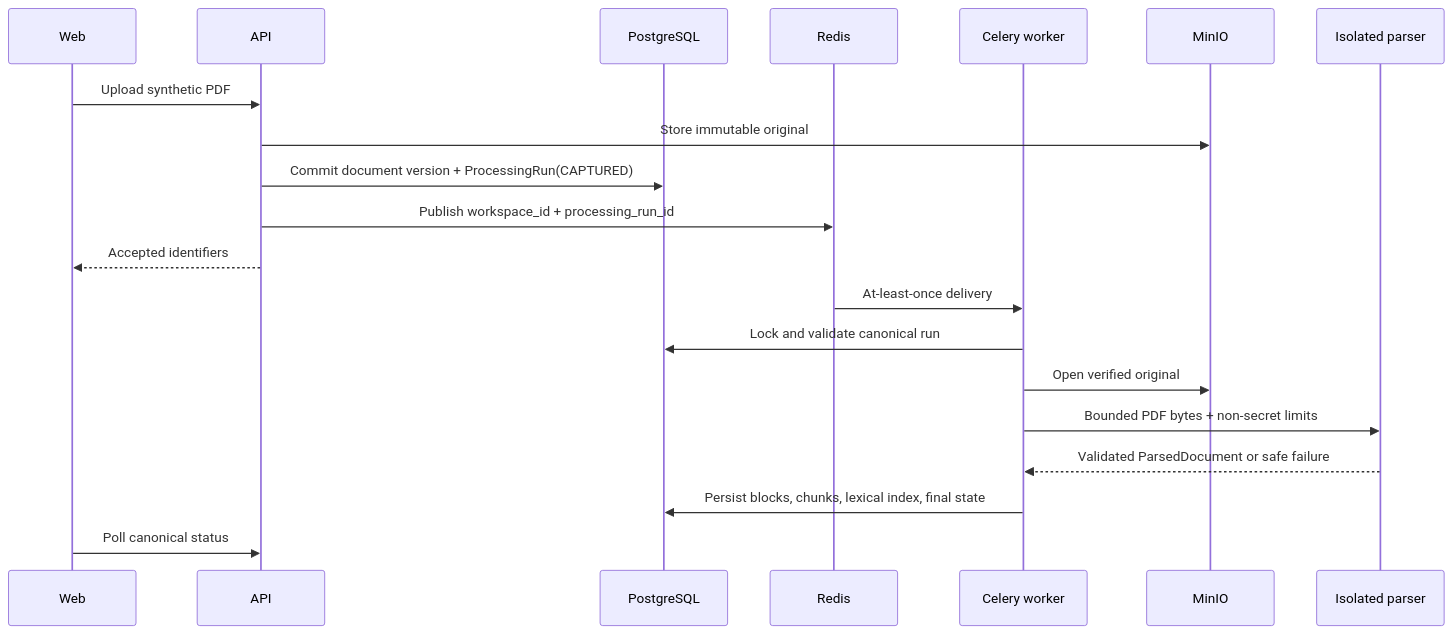
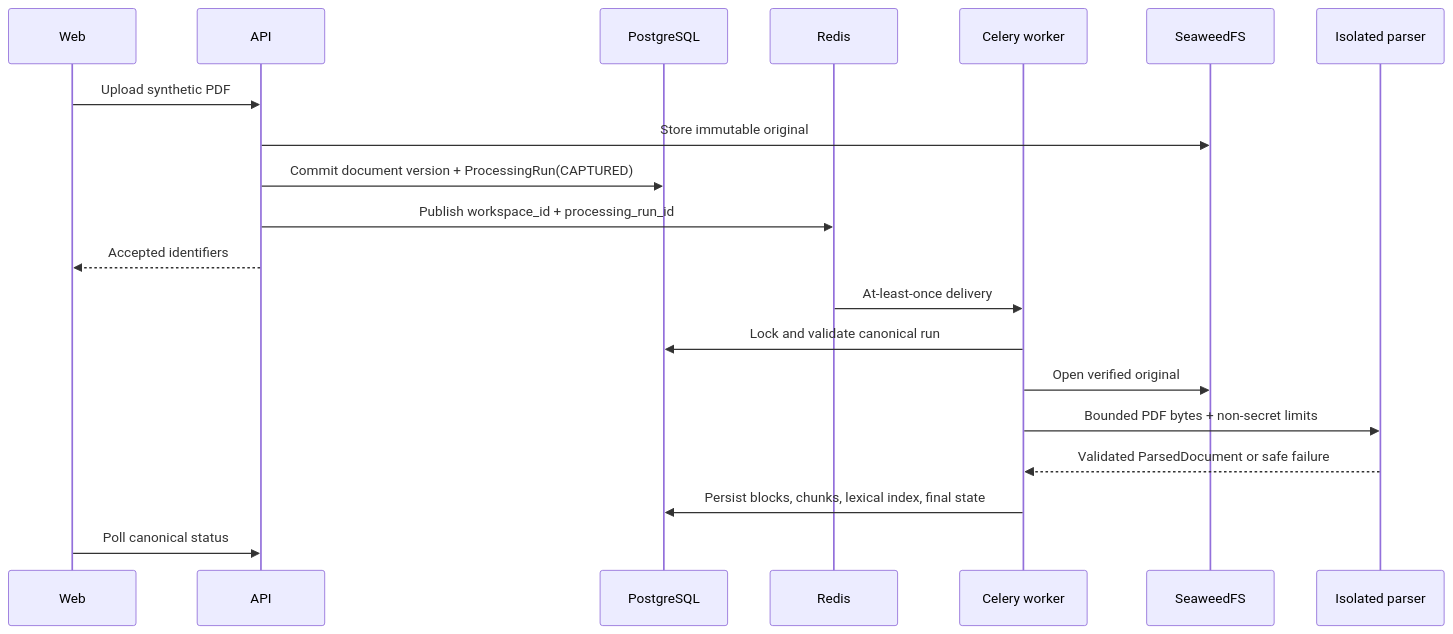
The third of 3 diagrams in docs/09-m0-implementation-plan.md (rnkraus/investment-research), drawn with Mermaid before and after one commit. The commit also changed other lines of this file and 7 other files, not shown here.

````diff
--- a/docs/09-m0-implementation-plan.md
+++ b/docs/09-m0-implementation-plan.md
@@ -143,23 +154,23 @@
 ```mermaid
 sequenceDiagram
     participant Web
     participant API
     participant PG as PostgreSQL
     participant MQ as Redis
     participant Worker as Celery worker
-    participant S3 as MinIO
+    participant S3 as SeaweedFS
     participant Parser as Isolated parser
 
     Web->>API: Upload synthetic PDF
     API->>S3: Store immutable original
     API->>PG: Commit document version + ProcessingRun(CAPTURED)
     API->>MQ: Publish workspace_id + processing_run_id
     API-->>Web: Accepted identifiers
     MQ->>Worker: At-least-once delivery
     Worker->>PG: Lock and validate canonical run
     Worker->>S3: Open verified original
     Worker->>Parser: Bounded PDF bytes + non-secret limits
     Parser-->>Worker: Validated ParsedDocument or safe failure
     Worker->>PG: Persist blocks, chunks, lexical index, final state
     Web->>API: Poll canonical status
 ```
````
